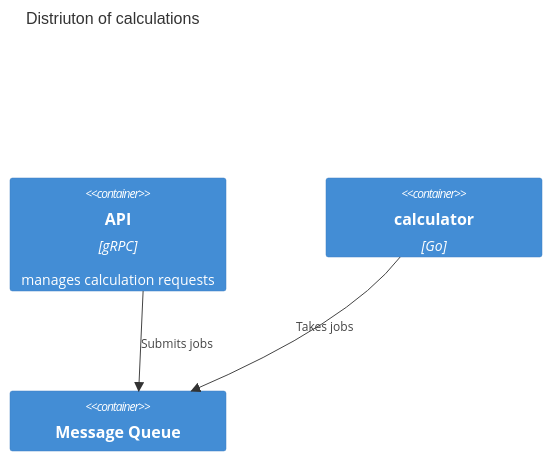
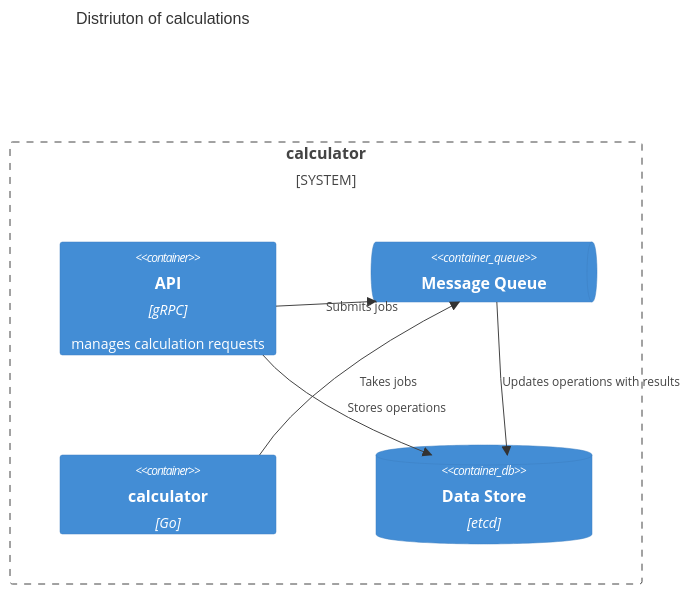
The third of 3 diagrams in README.md (vickleford/calculator), drawn with Mermaid before and after one commit. The commit also changed other lines of this file, not shown here.

Commit message:
simplify the diagramming

````diff
--- a/README.md
+++ b/README.md
@@ -34,10 +34,18 @@
 ```mermaid
 C4Container
 title Distriuton of calculations
 
-Container(api, API, gRPC, "manages calculation requests")
-Container(calc, calculator, "Go")
-Container(mq, "Message Queue")
-Rel(api, mq, "Submits jobs")
-Rel(calc, mq, "Takes jobs")
+System_Boundary(b, "calculator") {
+    Container(api, API, gRPC, "manages calculation requests")
+    ContainerQueue(mq, "Message Queue")
+
+    Container(calc, calculator, "Go")
+
+    ContainerDb(store, "Data Store", "etcd")
+
+    Rel(api, mq, "Submits jobs")
+    Rel(api, store, "Stores operations")
+    Rel(calc, mq, "Takes jobs")
+    Rel(mq, store, "Updates operations with results")
+}
 ```
````
